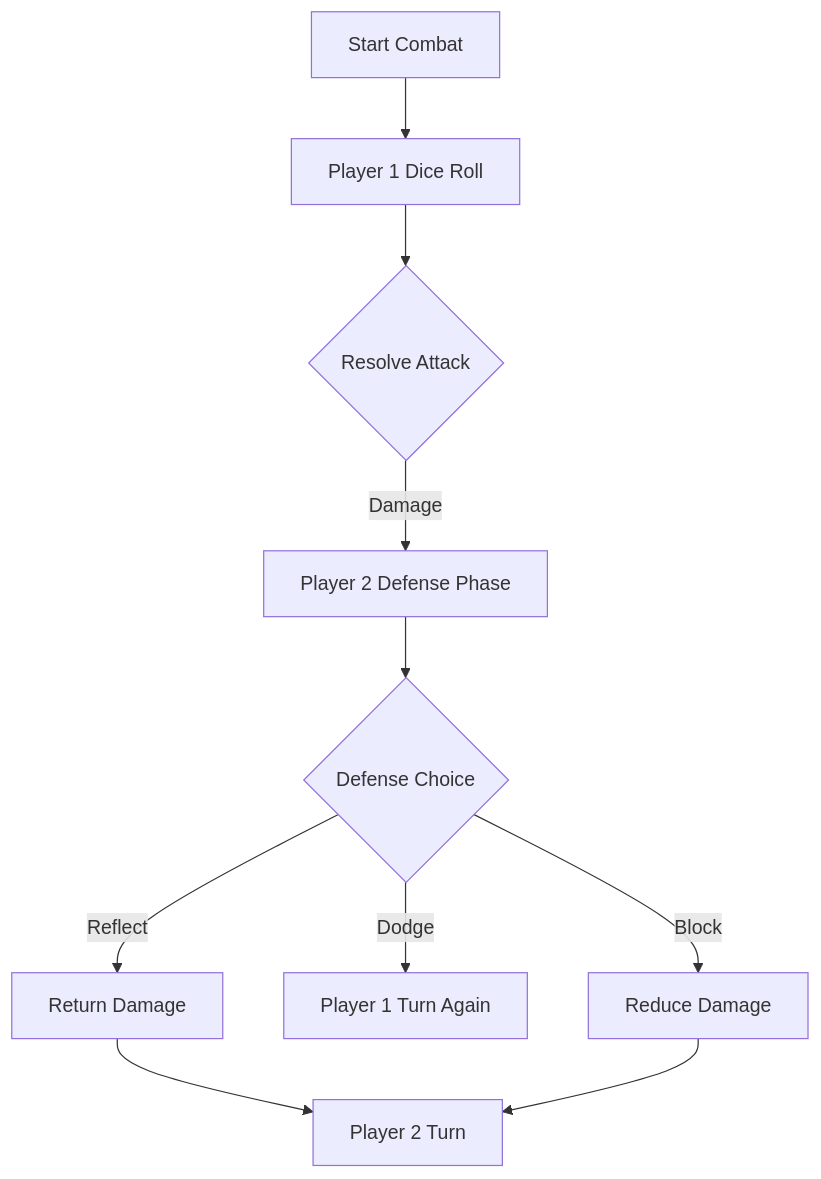
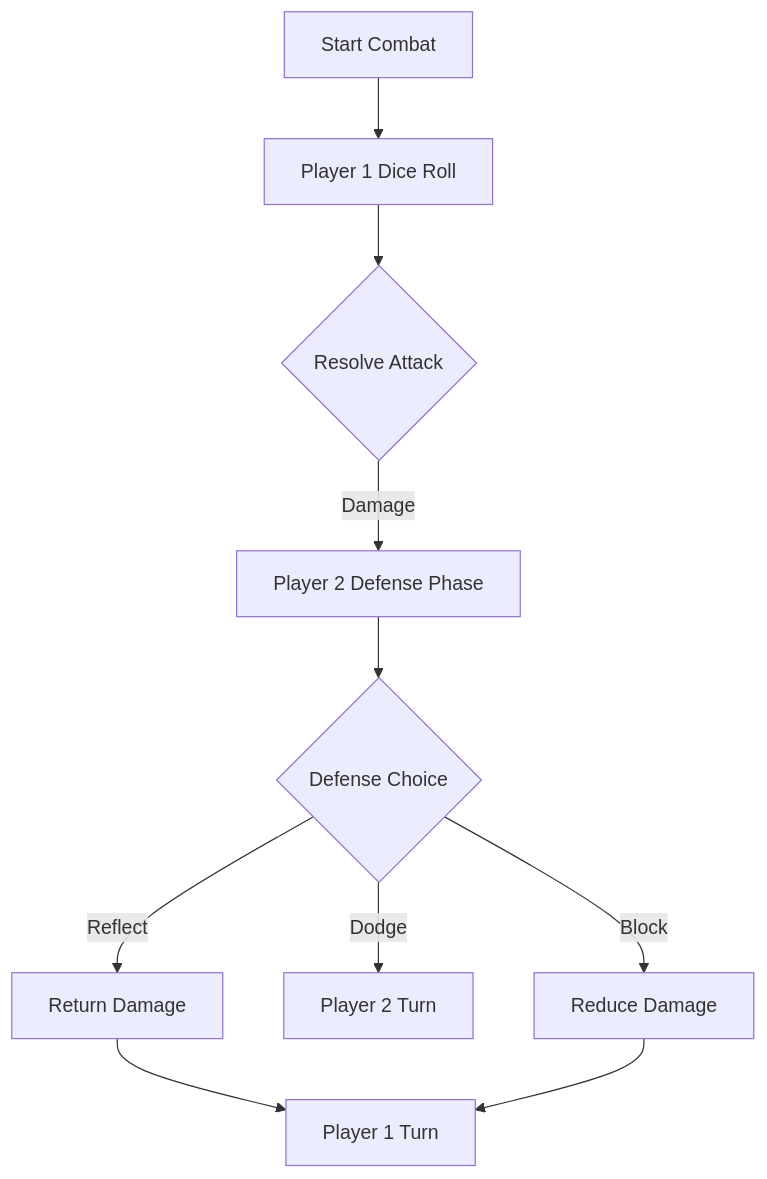
Before and after one commit to DoyeDesigns/stake-fantansy: the diagram in README.md, drawn with Mermaid.

Commit message:
fix: Correct turn sequence logic in combat phase for dodge and block actions

````diff
--- a/README.md
+++ b/README.md
@@ -57,12 +57,12 @@
 ```mermaid
 graph TD
     A[Start Combat] --> B[Player 1 Dice Roll]
     B --> C{Resolve Attack}
     C -->|Damage| D[Player 2 Defense Phase]
     D --> E{Defense Choice}
     E -->|Reflect| F[Return Damage]
     F --> I[Player 2 Turn]
-    E -->|Dodge| G[Player 1 Turn Again]
+    E -->|Dodge| G[Player 2 Turn]
     E -->|Block| H[Reduce Damage]
-    H --> I[Player 2 Turn]
+    H --> I[Player 1 Turn]
 ```
````
